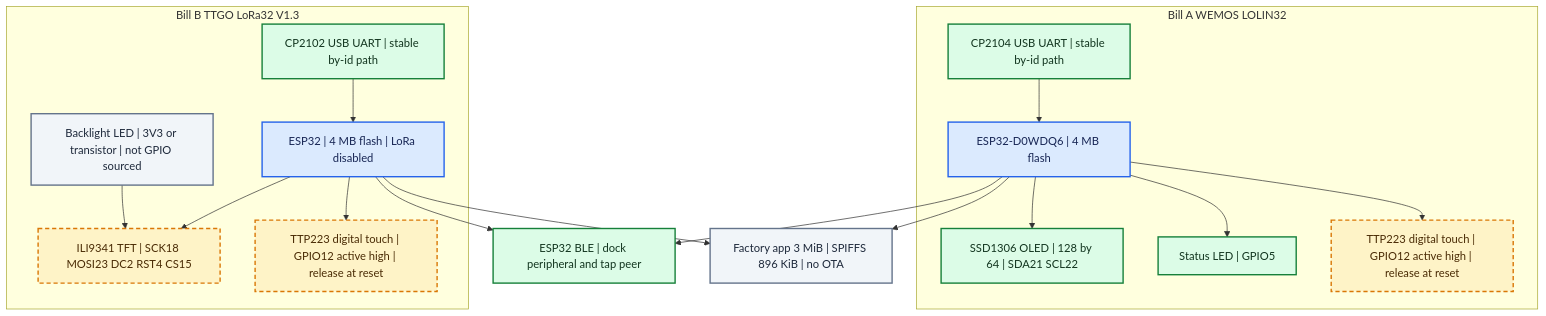
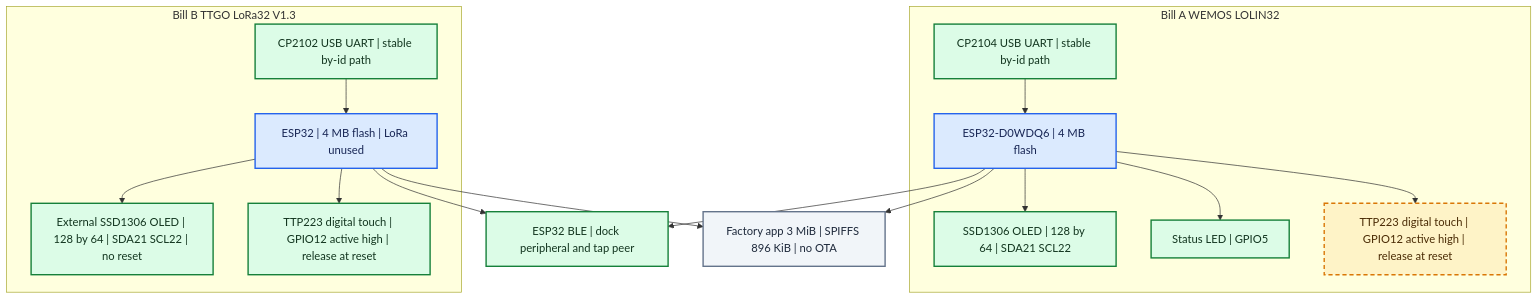
One commit to EdwinKestler/bill changed the diagram in docs/diagrams/src/07-bill-hardware.mmd. Above: the diagram before and after it, drawn with Mermaid. The commit also changed 33 other files, not shown here.

```diff
--- a/docs/diagrams/src/07-bill-hardware.mmd
+++ b/docs/diagrams/src/07-bill-hardware.mmd
@@ -1,36 +1,34 @@
 flowchart TB
     classDef board fill:#dbeafe,stroke:#2563eb,color:#172554,stroke-width:2px
     classDef peripheral fill:#dcfce7,stroke:#16803a,color:#12351f,stroke-width:2px
     classDef planned fill:#fef3c7,stroke:#d97706,color:#4a2b05,stroke-width:2px,stroke-dasharray:6 4
     classDef storage fill:#f1f5f9,stroke:#64748b,color:#1e293b,stroke-width:2px
 
     subgraph wemos["Bill A WEMOS LOLIN32"]
         boardA["ESP32-D0WDQ6 | 4 MB flash"]:::board
         oled["SSD1306 OLED | 128 by 64 | SDA21 SCL22"]:::peripheral
         led["Status LED | GPIO5"]:::peripheral
         button["TTP223 digital touch | GPIO12 active high | release at reset"]:::planned
         usbA["CP2104 USB UART | stable by-id path"]:::peripheral
         boardA --> oled
         boardA --> led
         boardA --> button
         usbA --> boardA
     end
 
     subgraph ttgo["Bill B TTGO LoRa32 V1.3"]
-        boardB["ESP32 | 4 MB flash | LoRa disabled"]:::board
-        tft["ILI9341 TFT | SCK18 MOSI23 DC2 RST4 CS15"]:::planned
-        touch["TTP223 digital touch | GPIO12 active high | release at reset"]:::planned
-        backlight["Backlight LED | 3V3 or transistor | not GPIO sourced"]:::storage
+        boardB["ESP32 | 4 MB flash | LoRa unused"]:::board
+        oledB["External SSD1306 OLED | 128 by 64 | SDA21 SCL22 | no reset"]:::peripheral
+        touch["TTP223 digital touch | GPIO12 active high | release at reset"]:::peripheral
         usbB["CP2102 USB UART | stable by-id path"]:::peripheral
-        boardB --> tft
+        boardB --> oledB
         boardB --> touch
-        backlight --> tft
         usbB --> boardB
     end
 
     radio["ESP32 BLE | dock peripheral and tap peer"]:::peripheral
     flash["Factory app 3 MiB | SPIFFS 896 KiB | no OTA"]:::storage
     boardA --> radio
     boardB --> radio
     boardA --> flash
     boardB --> flash
```
